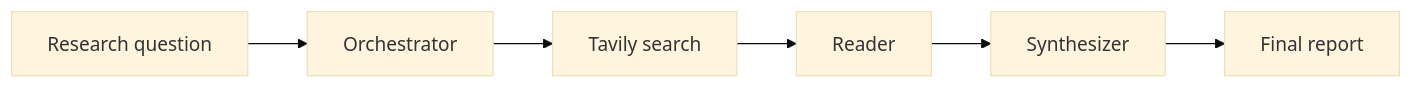
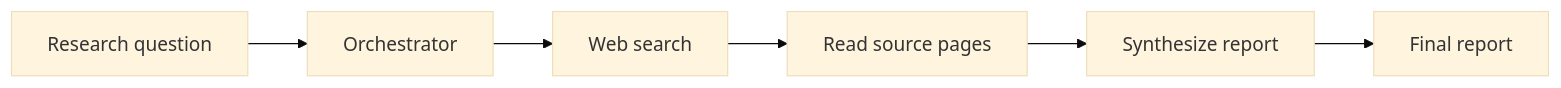
One commit to Mahid-hub/Multi-Agent_Research_Assistant changed the diagram in README.md. Above: the diagram before and after it, drawn with Mermaid (base theme). The commit also changed other lines of this file, not shown here.

````diff
--- a/README.md
+++ b/README.md
@@ -11,8 +9,8 @@
 ```mermaid
 flowchart LR
     A[Research question] --> B[Orchestrator]
-    B --> C[Tavily search]
-    C --> D[Reader]
-    D --> E[Synthesizer]
+    B --> C[Web search]
+    C --> D[Read source pages]
+    D --> E[Synthesize report]
     E --> F[Final report]
 ```
````
